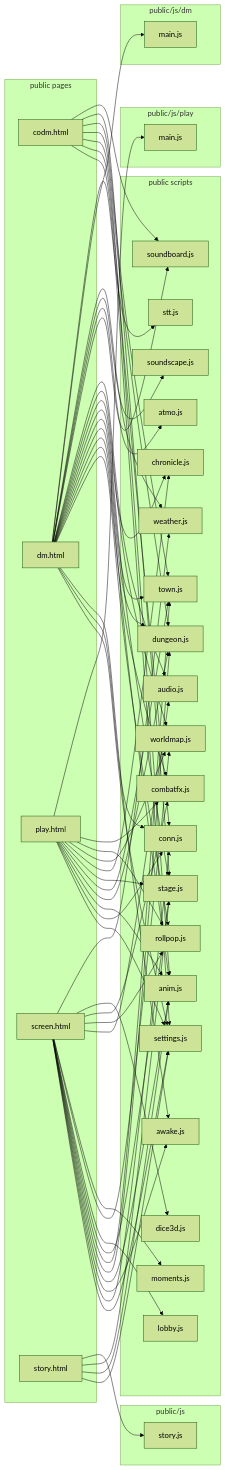
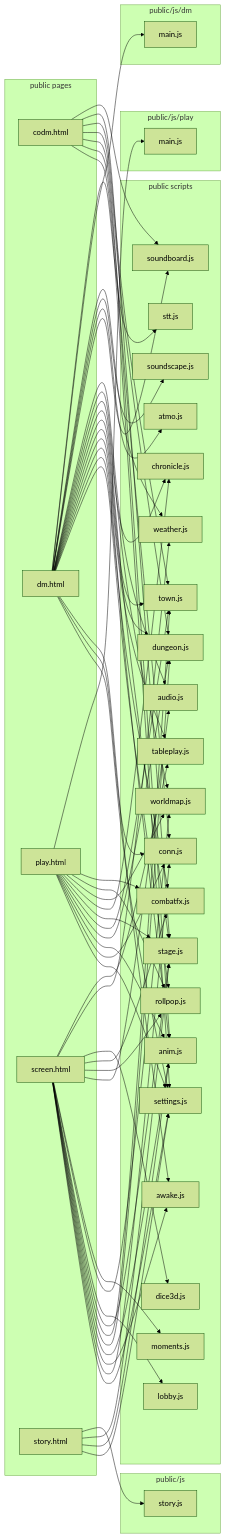
The third of 7 diagrams in docs/module-graph.md (Greiye/TTRPG-Session-Tool), drawn with Mermaid (forest theme) before and after one commit. The commit also changed other lines of this file and 43 other files, not shown here.

```diff
--- a/docs/module-graph.md
+++ b/docs/module-graph.md
@@ -370,6 +376,7 @@
     n_public_soundscape_js["soundscape.js"]
     n_public_stage_js["stage.js"]
     n_public_stt_js["stt.js"]
+    n_public_tableplay_js["tableplay.js"]
     n_public_town_js["town.js"]
     n_public_weather_js["weather.js"]
     n_public_worldmap_js["worldmap.js"]
@@ -403,6 +410,7 @@
   n_public_dm_html --> n_public_rollpop_js
   n_public_dm_html --> n_public_combatfx_js
   n_public_dm_html --> n_public_anim_js
+  n_public_dm_html --> n_public_tableplay_js
   n_public_dm_html --> n_public_dungeon_js
   n_public_dm_html --> n_public_town_js
   n_public_dm_html --> n_public_stage_js
@@ -441,6 +449,7 @@
   n_public_screen_html --> n_public_combatfx_js
   n_public_screen_html --> n_public_dice3d_js
   n_public_screen_html --> n_public_weather_js
+  n_public_screen_html --> n_public_tableplay_js
   n_public_story_html --> n_public_settings_js
   n_public_story_html --> n_public_anim_js
   n_public_story_html --> n_public_stage_js
```
